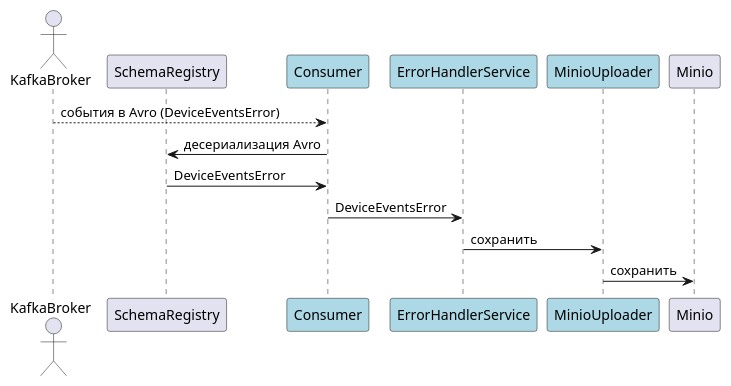
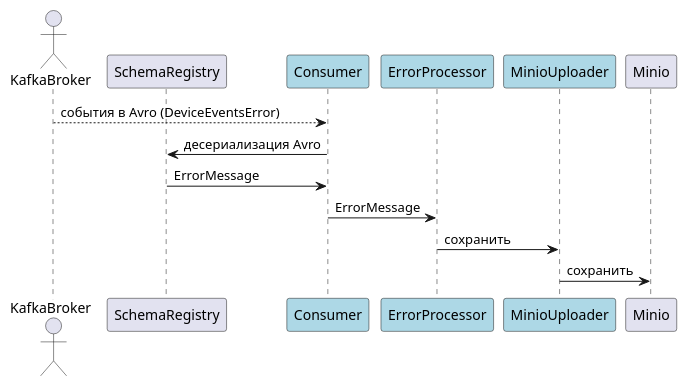
The diagram in diagrams/failed-events-processor/failed-events-processor-sequence.puml (ApenDover/ourcode-iot-platform), drawn with PlantUML before and after one commit. The commit also changed 9 other files, not shown here.

```diff
--- a/diagrams/failed-events-processor/failed-events-processor-sequence.puml
+++ b/diagrams/failed-events-processor/failed-events-processor-sequence.puml
@@ -1,17 +1,17 @@
 @startuml
 actor KafkaBroker
 participant "SchemaRegistry" as AVRO
 participant "Consumer" as DC  #lightblue
-participant "ErrorHandlerService" as DS  #lightblue
+participant "ErrorProcessor" as DS  #lightblue
 participant "MinioUploader" as REPO  #lightblue
 participant "Minio" as DB
 
 KafkaBroker --> DC : события в Avro (DeviceEventsError)
 DC -> AVRO : десериализация Avro
-AVRO -> DC : DeviceEventsError
-DC -> DS : DeviceEventsError
+AVRO -> DC : ErrorMessage
+DC -> DS : ErrorMessage
 
 DS -> REPO : сохранить
 REPO -> DB : сохранить
 
 @enduml
```
